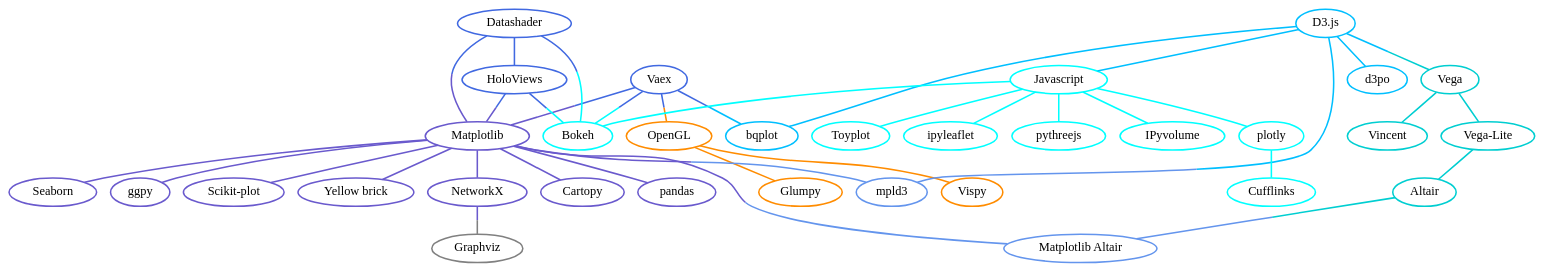
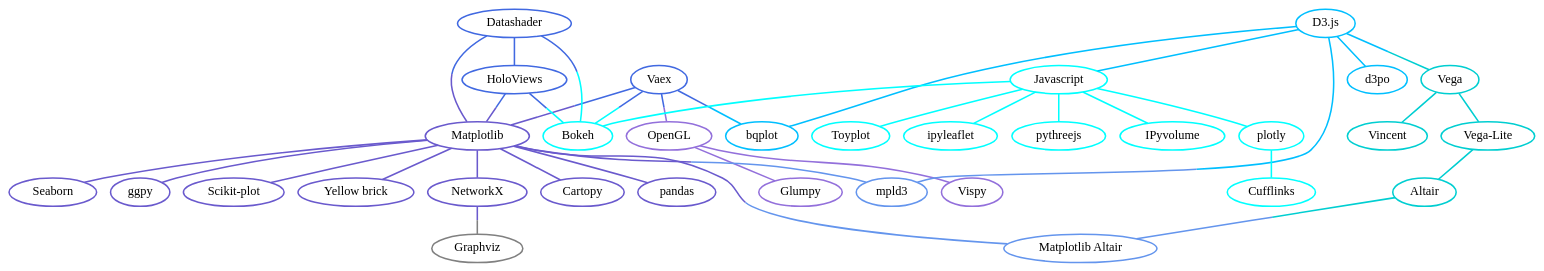
One commit to veit/jupyter-tutorial changed the diagram in docs/viz/index.rst. Above: the diagram before and after it, drawn with Graphviz.

Commit message:
Change color for OpenGL libs

```diff
--- a/docs/viz/index.rst
+++ b/docs/viz/index.rst
@@ -14,24 +14,23 @@
         opengl [
             label="OpenGL",
             tooltip="Open Graphics Library",
-            color="darkorange",
+            color="mediumpurple",
             target="_top",
             href="https://www.opengl.org/"]
         vispy [
             label="Vispy",
             tooltip="Python-Bibliothek für\ninteraktive wissenschaftliche\nVisualisierungen",
-            color="darkorange",
+            color="mediumpurple",
             target="_top",
             href="http://vispy.org/"]
         glumpy [
             label="Glumpy",
             tooltip="JupyterHub\ninstallieren",
-            color="darkorange",
+            color="mediumpurple",
             target="_top",
             href="https://glumpy.github.io/"]
-        opengl -- vispy [color="darkorange"]
-        opengl -- glumpy [color="darkorange"]
-        {rank = vispy; glumpy;}
+        opengl -- vispy [color="mediumpurple"]
+        opengl -- glumpy [color="mediumpurple"]
 
         // Matplotlib
         mpl [
@@ -125,7 +124,7 @@
         vaex -- mpl [color="royalblue;0.5:slateblue"]
         vaex -- bqplot [color="royalblue;0.5:deepskyblue"]
         vaex -- bokeh [color="royalblue;0.5:cyan"]
-        vaex -- opengl [color="royalblue;0.5:darkorange"]
+        vaex -- opengl [color="royalblue;0.5:mediumpurple"]
         holoviews -- bokeh [color="royalblue;0.5:cyan"]
         holoviews -- mpl [color="royalblue;0.5:slateblue"]
         datashader -- mpl [color="royalblue;0.5:slateblue"]
```
